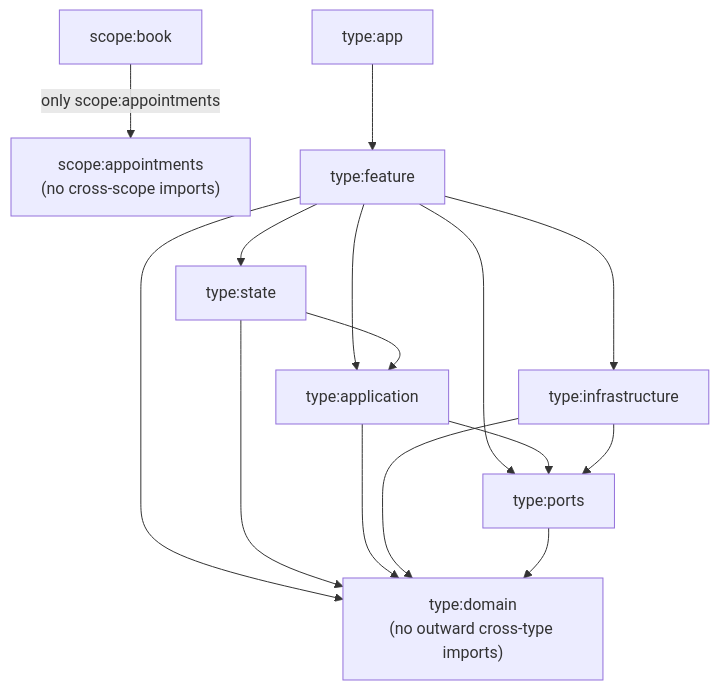
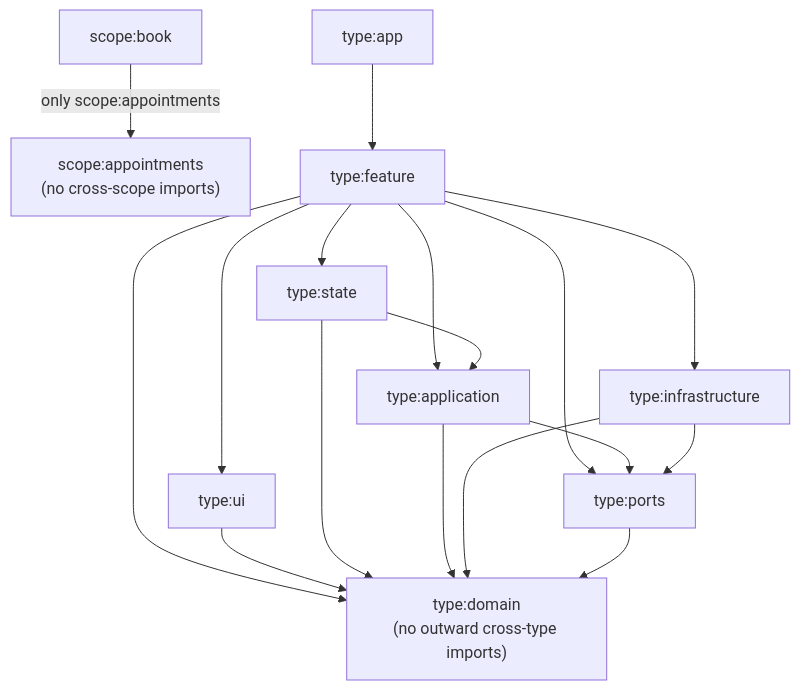
The second of 3 diagrams in README.md (Gillesf31/hexa), drawn with Mermaid before and after one commit. The commit also changed other lines of this file and 10 other files, not shown here.

````diff
--- a/README.md
+++ b/README.md
@@ -49,18 +52,20 @@
 ```mermaid
 flowchart TB
   BOOK_SCOPE["scope:book"] -->|"only scope:appointments"| APPOINTMENTS_SCOPE["scope:appointments\n(no cross-scope imports)"]
 
   APP_TYPE["type:app"] --> FEATURE_TYPE["type:feature"]
+  FEATURE_TYPE --> UI_TYPE["type:ui"]
   FEATURE_TYPE --> STATE_TYPE["type:state"]
   FEATURE_TYPE --> APPLICATION_TYPE["type:application"]
   FEATURE_TYPE --> INFRASTRUCTURE_TYPE["type:infrastructure"]
   FEATURE_TYPE --> PORTS_TYPE["type:ports"]
   FEATURE_TYPE --> DOMAIN_TYPE["type:domain\n(no outward cross-type imports)"]
+  UI_TYPE --> DOMAIN_TYPE
   STATE_TYPE --> APPLICATION_TYPE
   STATE_TYPE --> DOMAIN_TYPE
   APPLICATION_TYPE --> PORTS_TYPE
   APPLICATION_TYPE --> DOMAIN_TYPE
   INFRASTRUCTURE_TYPE --> PORTS_TYPE
   INFRASTRUCTURE_TYPE --> DOMAIN_TYPE
   PORTS_TYPE --> DOMAIN_TYPE
 ```
````
